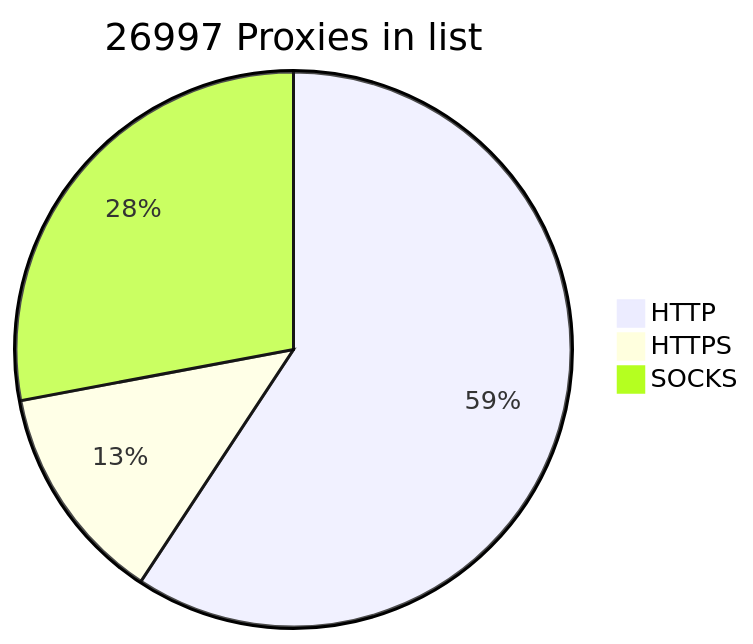
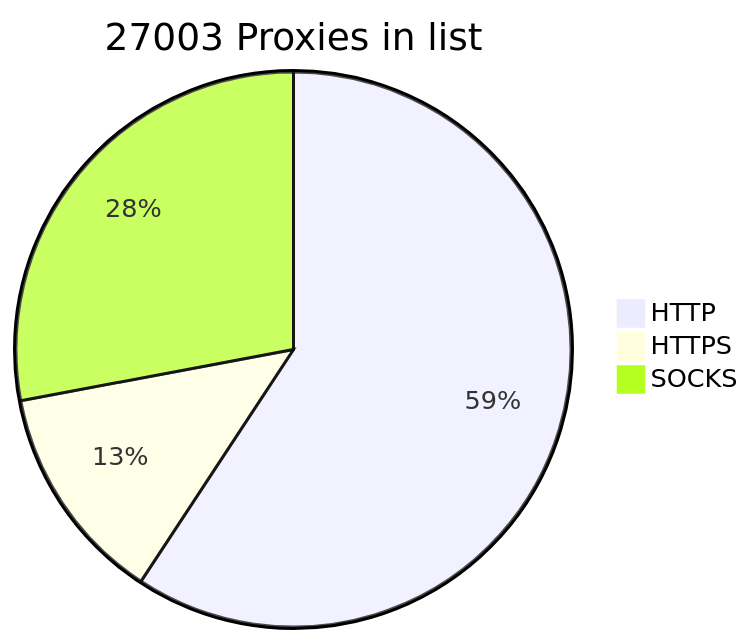
Before and after one commit to BlackSnowDot/proxylist-update-every-minute: the diagram in README.md, drawn with Mermaid.

````diff
--- a/README.md
+++ b/README.md
@@ -2,6 +2,6 @@
 ```mermaid
-pie title 26997 Proxies in list
-    "HTTP" : 17612
+pie title 27003 Proxies in list
+    "HTTP" : 17615
     "HTTPS": 3800
-    "SOCKS" : 8306
+    "SOCKS" : 8309
 ```
````
